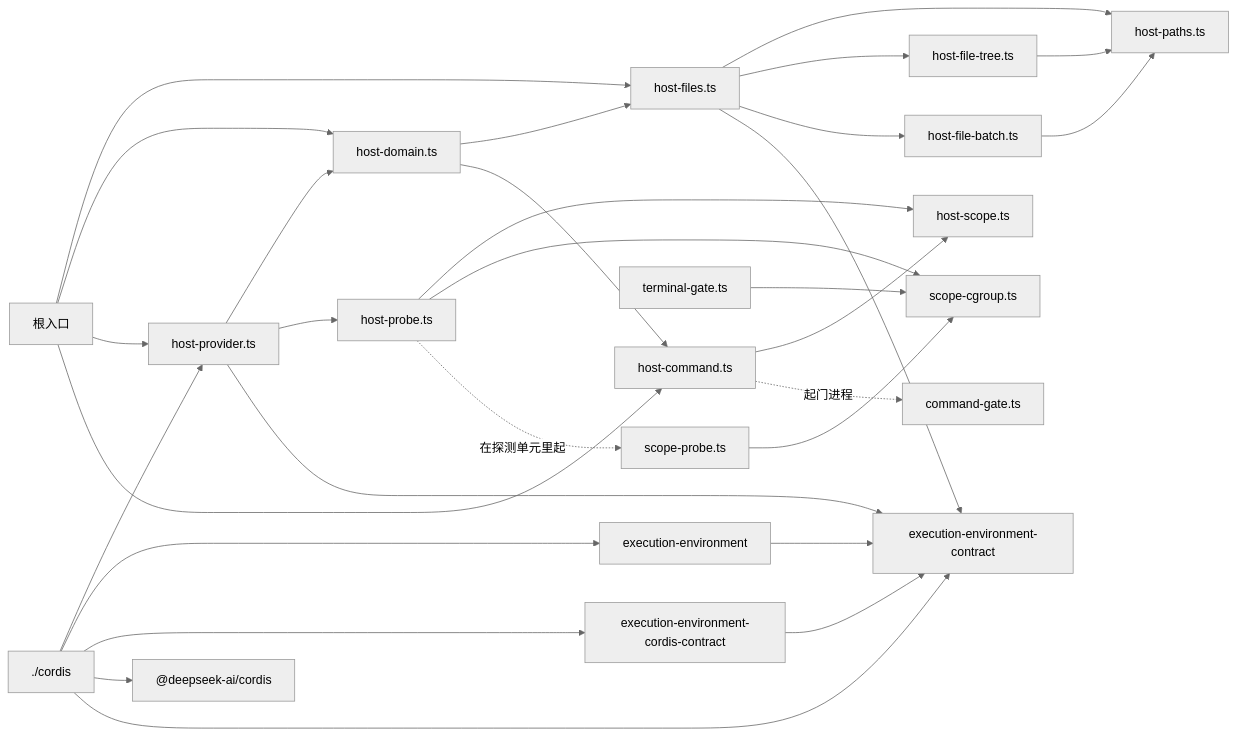
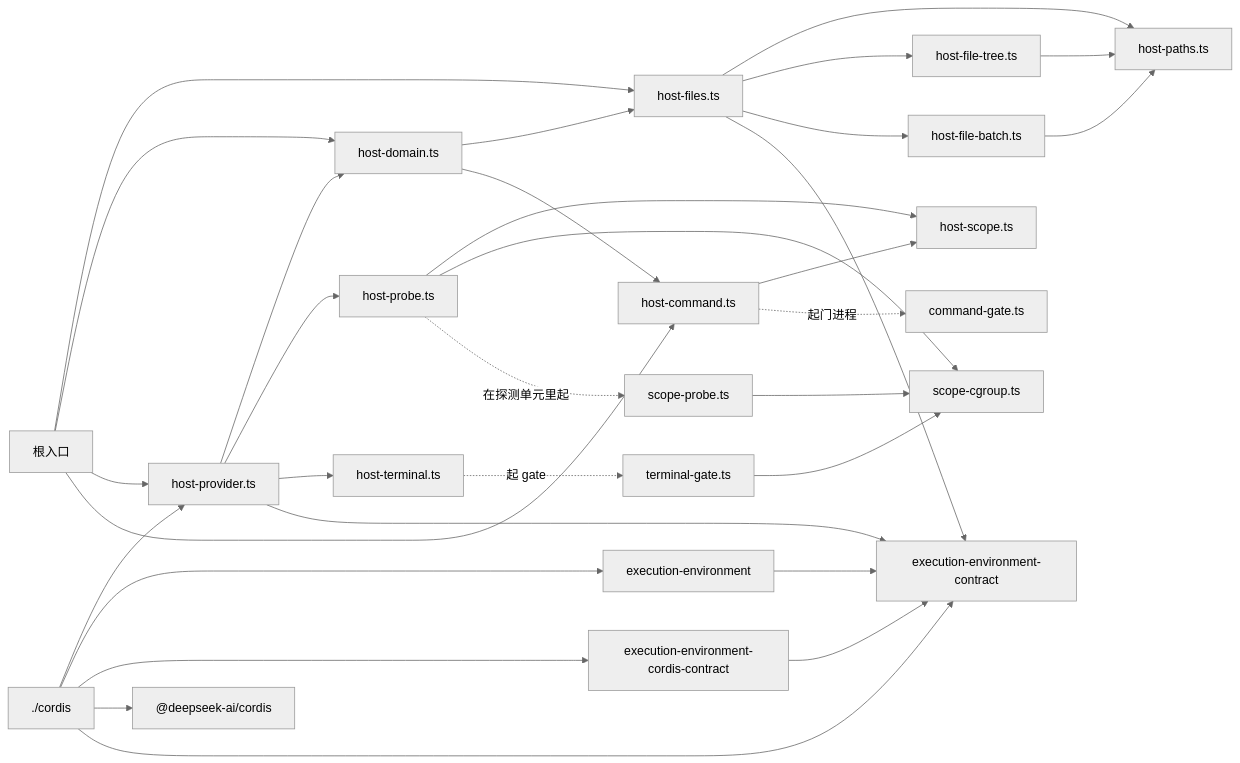
One commit to nemori-ai/omne-harness-lite changed the first of 2 diagrams in packages/execution/execution-environment-host-local/docs/architecture.md. Above: the diagram before and after it, drawn with Mermaid (neutral theme). The commit also changed other lines of this file and 7 other files, not shown here.

````diff
--- a/packages/execution/execution-environment-host-local/docs/architecture.md
+++ b/packages/execution/execution-environment-host-local/docs/architecture.md
@@ -38,32 +38,34 @@
 ```mermaid
 flowchart LR
   Root[根入口] --> Files[host-files.ts]
   Files --> Paths[host-paths.ts]
   Files --> Tree[host-file-tree.ts]
   Files --> Batch[host-file-batch.ts]
   Tree --> Paths
   Batch --> Paths
   Root --> Domain[host-domain.ts]
   Root --> Provider[host-provider.ts]
   Domain --> Files
   Provider --> Domain
   Root --> Command[host-command.ts]
   Domain --> Command
   Provider --> Probe[host-probe.ts]
   Command --> Scope[host-scope.ts]
   Probe --> Scope
   Command -. 起门进程 .-> Gate[command-gate.ts]
   Probe --> Cgroup[scope-cgroup.ts]
   Probe -. 在探测单元里起 .-> ScopeProbe[scope-probe.ts]
   ScopeProbe --> Cgroup
-  TerminalGate[terminal-gate.ts] --> Cgroup
+  Provider --> Terminal[host-terminal.ts]
+  Terminal -. 起 gate .-> TerminalGate[terminal-gate.ts]
+  TerminalGate --> Cgroup
   Cordis[./cordis] --> Provider
   Cordis --> EE[execution-environment]
   Cordis --> EECC[execution-environment-cordis-contract]
   Cordis --> Lib["@deepseek-ai/cordis"]
   Files --> EEC[execution-environment-contract]
   Provider --> EEC
   Cordis --> EEC
   EECC --> EEC
   EE --> EEC
 ```
````
